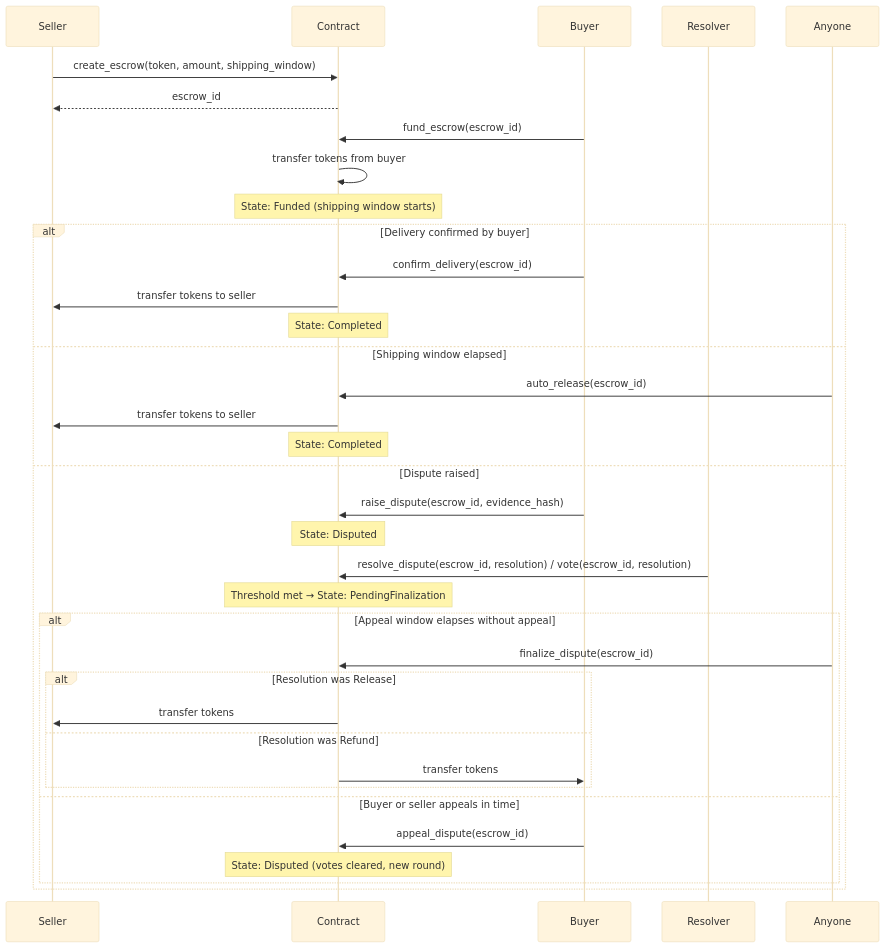
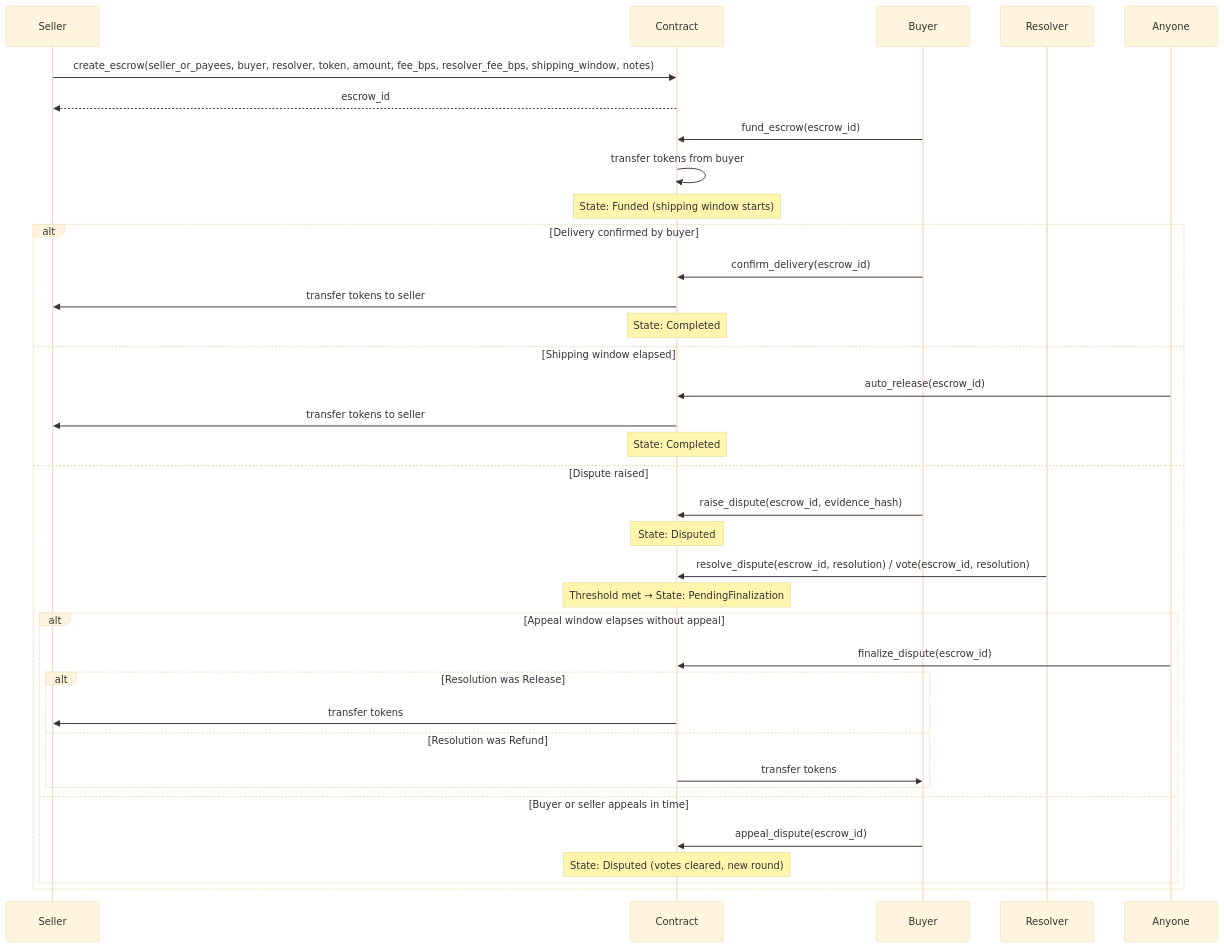
The second of 6 diagrams in ARCHITECTURE.md (JSE-ORG/trust-link-contract), drawn with Mermaid (base theme) before and after one commit. The commit also changed 6 other files, not shown here.

First line of the commit message:
docs: fix remaining stale create_escrow call sites

````diff
--- a/ARCHITECTURE.md
+++ b/ARCHITECTURE.md
@@ -85,41 +85,41 @@
 ```mermaid
 sequenceDiagram
     participant S as Seller
     participant C as Contract
     participant B as Buyer
     participant R as Resolver
 
-    S->>C: create_escrow(token, amount, shipping_window)
+    S->>C: create_escrow(seller_or_payees, buyer, resolver, token, amount, fee_bps, resolver_fee_bps, shipping_window, notes)
     C-->>S: escrow_id
 
     B->>C: fund_escrow(escrow_id)
     C->>C: transfer tokens from buyer
 
     Note over C: State: Funded (shipping window starts)
 
     alt Delivery confirmed by buyer
         B->>C: confirm_delivery(escrow_id)
         C->>S: transfer tokens to seller
         Note over C: State: Completed
     else Shipping window elapsed
         Anyone->>C: auto_release(escrow_id)
         C->>S: transfer tokens to seller
         Note over C: State: Completed
     else Dispute raised
         B->>C: raise_dispute(escrow_id, evidence_hash)
         Note over C: State: Disputed
         R->>C: resolve_dispute(escrow_id, resolution) / vote(escrow_id, resolution)
         Note over C: Threshold met → State: PendingFinalization
         alt Appeal window elapses without appeal
             Anyone->>C: finalize_dispute(escrow_id)
             alt Resolution was Release
                 C->>S: transfer tokens
             else Resolution was Refund
                 C->>B: transfer tokens
             end
         else Buyer or seller appeals in time
             B->>C: appeal_dispute(escrow_id)
             Note over C: State: Disputed (votes cleared, new round)
         end
     end
 ```
````
